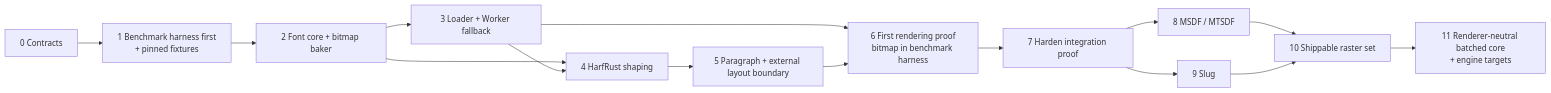
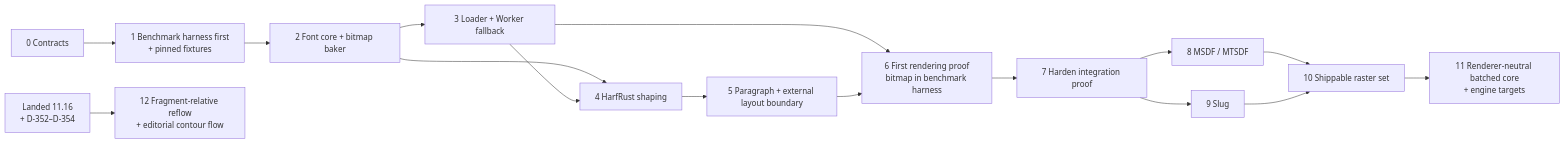
Before and after one commit to alvarosabu/glyph: the diagram in .agents/docs/roadmap/roadmap.md, drawn with Mermaid. The commit also changed other lines of this file and 9 other files, not shown here.

Commit message:
docs: plan fragment-relative reflow frontier

````diff
--- a/.agents/docs/roadmap/roadmap.md
+++ b/.agents/docs/roadmap/roadmap.md
@@ -78,17 +83,18 @@
 ```mermaid
 flowchart LR
   M0["0 Contracts"] --> M1["1 Benchmark harness first<br/>+ pinned fixtures"]
   M1 --> M2["2 Font core + bitmap baker"]
   M2 --> M3["3 Loader + Worker fallback"]
   M2 --> M4["4 HarfRust shaping"]
   M3 --> M4
   M4 --> M5["5 Paragraph + external layout boundary"]
   M3 --> M6["6 First rendering proof<br/>bitmap in benchmark harness"]
   M5 --> M6
   M6 --> M7["7 Harden integration proof"]
   M7 --> M8["8 MSDF / MTSDF"]
   M7 --> M9["9 Slug"]
   M8 --> M10["10 Shippable raster set"]
   M9 --> M10
   M10 --> M11["11 Renderer-neutral batched core<br/>+ engine targets"]
+  M11Core["Landed 11.16<br/>+ D-352–D-354"] --> M12["12 Fragment-relative reflow<br/>+ editorial contour flow"]
 ```
````
